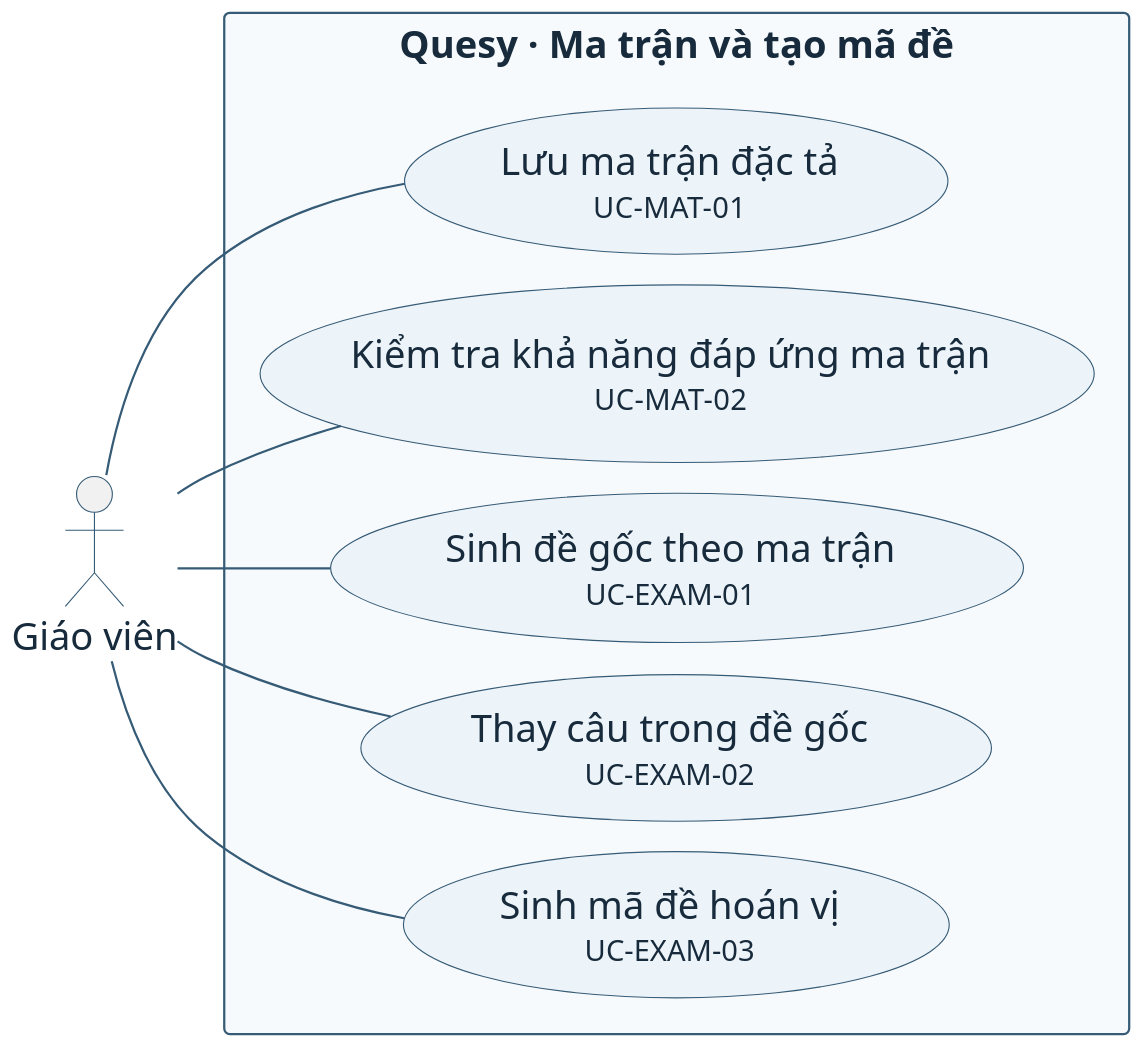
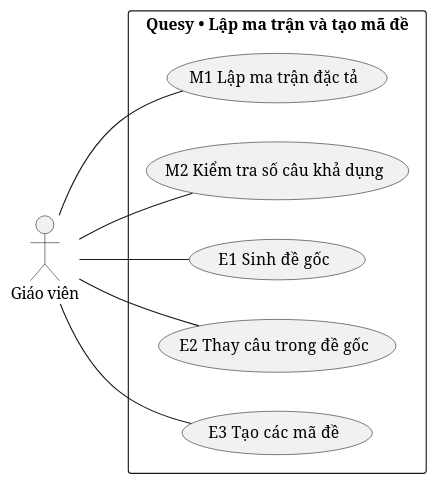
Before and after one commit to ngnsusinn/quesy: the diagram in docs/bao_cao_hien_trang/plantuml/uc_exam.puml, drawn with PlantUML. The commit also changed 24 other files, not shown here.

Commit message:
docs: rewrite Quesy system reports with default PlantUML diagrams

```diff
--- a/docs/bao_cao_hien_trang/plantuml/uc_exam.puml
+++ b/docs/bao_cao_hien_trang/plantuml/uc_exam.puml
@@ -1,37 +1,16 @@
 @startuml
-skinparam backgroundColor white
-skinparam defaultFontName Segoe UI
-skinparam defaultFontSize 17
-skinparam shadowing false
-skinparam ArrowColor #365B76
-skinparam defaultFontColor #172B3C
-skinparam nodesep 24
-skinparam ranksep 26
-scale 2
-skinparam usecaseBackgroundColor #EDF4F9
-skinparam usecaseBorderColor #365B76
-skinparam actorBorderColor #365B76
-skinparam rectangleBackgroundColor #F7FAFC
-skinparam rectangleBorderColor #365B76
-skinparam nodesep 14
-skinparam ranksep 37
-
 left to right direction
-actor "Giáo viên" as Teacher
-rectangle "Quesy · Ma trận và tạo mã đề" {
-  usecase "Lưu ma trận đặc tả\n<size:13>UC-MAT-01</size>" as U1
-  usecase "Kiểm tra khả năng đáp ứng ma trận\n<size:13>UC-MAT-02</size>" as U2
-  usecase "Sinh đề gốc theo ma trận\n<size:13>UC-EXAM-01</size>" as U3
-  usecase "Thay câu trong đề gốc\n<size:13>UC-EXAM-02</size>" as U4
-  usecase "Sinh mã đề hoán vị\n<size:13>UC-EXAM-03</size>" as U5
+actor "Giáo viên" as T
+rectangle "Quesy • Lập ma trận và tạo mã đề" {
+  usecase "M1  Lập ma trận đặc tả" as M1
+  usecase "M2  Kiểm tra số câu khả dụng" as M2
+  usecase "E1  Sinh đề gốc" as E1
+  usecase "E2  Thay câu trong đề gốc" as E2
+  usecase "E3  Tạo các mã đề" as E3
 }
-Teacher -- U1
-Teacher -- U2
-Teacher -- U3
-Teacher -- U4
-Teacher -- U5
-U2 -[hidden]right- U1
-U3 -[hidden]right- U2
-U4 -[hidden]right- U3
-U5 -[hidden]right- U4
+T -- M1
+T -- M2
+T -- E1
+T -- E2
+T -- E3
 @enduml
```
